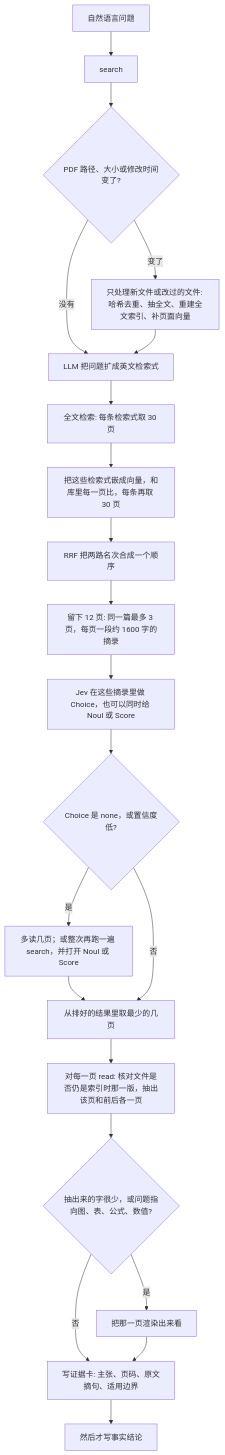
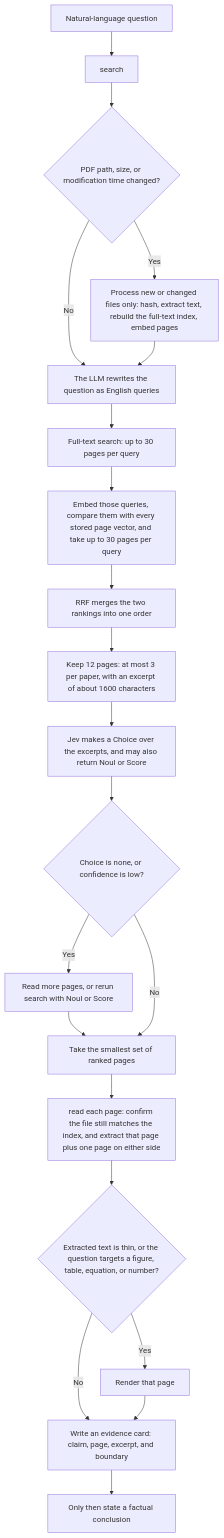
The diagram in README.md (litaocarlee/local-paper-retrieval), drawn with Mermaid before and after one commit. The commit also changed other lines of this file and 2 other files, not shown here.

Commit message:
Make English the repository homepage and link to the Chinese page.

````diff
--- a/README.md
+++ b/README.md
@@ -9,23 +9,23 @@
 ```mermaid
 flowchart TD
-  Q[自然语言问题] --> S[search]
-  S --> P{PDF 路径、大小或修改时间变了?}
-  P -->|没有| X[LLM 把问题扩成英文检索式]
-  P -->|变了| Y[只处理新文件或改过的文件: 哈希去重、抽全文、重建全文索引、补页面向量]
+  Q[Natural-language question] --> S[search]
+  S --> P{PDF path, size, or modification time changed?}
+  P -->|No| X[The LLM rewrites the question as English queries]
+  P -->|Yes| Y[Process new or changed files only: hash, extract text, rebuild the full-text index, embed pages]
   Y --> X
-  X --> F[全文检索: 每条检索式取 30 页]
-  F --> D[把这些检索式嵌成向量，和库里每一页比，每条再取 30 页]
-  D --> R[RRF 把两路名次合成一个顺序]
-  R --> C[留下 12 页: 同一篇最多 3 页，每页一段约 1600 字的摘录]
-  C --> J[Jev 在这些摘录里做 Choice，也可以同时给 Noul 或 Score]
-  J --> G{Choice 是 none，或置信度低?}
-  G -->|是| M[多读几页；或整次再跑一遍 search，并打开 Noul 或 Score]
+  X --> F[Full-text search: up to 30 pages per query]
+  F --> D[Embed those queries, compare them with every stored page vector, and take up to 30 pages per query]
+  D --> R[RRF merges the two rankings into one order]
+  R --> C[Keep 12 pages: at most 3 per paper, with an excerpt of about 1600 characters]
+  C --> J[Jev makes a Choice over the excerpts, and may also return Noul or Score]
+  J --> G{Choice is none, or confidence is low?}
+  G -->|Yes| M[Read more pages, or rerun search with Noul or Score]
   M --> K
-  G -->|否| K[从排好的结果里取最少的几页]
-  K --> RD[对每一页 read: 核对文件是否仍是索引时那一版，抽出该页和前后各一页]
-  RD --> V{抽出来的字很少，或问题指向图、表、公式、数值?}
-  V -->|是| I[把那一页渲染出来看]
-  V -->|否| E[写证据卡: 主张、页码、原文摘句、适用边界]
+  G -->|No| K[Take the smallest set of ranked pages]
+  K --> RD[read each page: confirm the file still matches the index, and extract that page plus one page on either side]
+  RD --> V{Extracted text is thin, or the question targets a figure, table, equation, or number?}
+  V -->|Yes| I[Render that page]
+  V -->|No| E[Write an evidence card: claim, page, excerpt, and boundary]
   I --> E
-  E --> A[然后才写事实结论]
+  E --> A[Only then state a factual conclusion]
 ```
````
